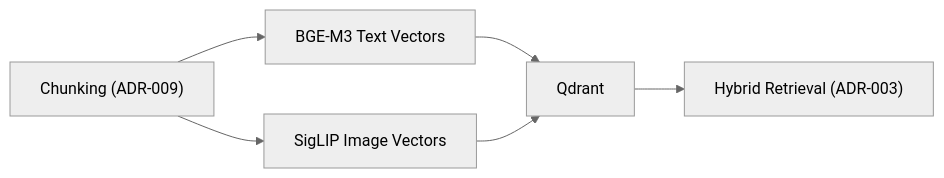
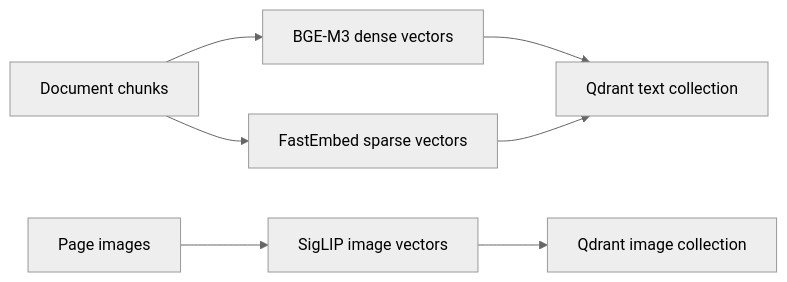
The diagram in docs/developers/adrs/ADR-002-unified-embedding-strategy.md (BjornMelin/docmind-ai-llm), drawn with Mermaid (neutral theme) before and after one commit. The commit also changed other lines of this file and 284 other files, not shown here.

````diff
--- a/docs/developers/adrs/ADR-002-unified-embedding-strategy.md
+++ b/docs/developers/adrs/ADR-002-unified-embedding-strategy.md
@@ -54,8 +48,9 @@
 ```mermaid
-graph LR
-  C["Chunking (ADR-009)"] --> T["BGE-M3 Text Vectors"]
-  C --> I["SigLIP Image Vectors"]
-  T --> Q["Qdrant"]
-  I --> Q
-  Q --> H["Hybrid Retrieval (ADR-003)"]
+flowchart LR
+    CHUNK["Document chunks"] --> DENSE["BGE-M3 dense vectors"]
+    CHUNK --> SPARSE["FastEmbed sparse vectors"]
+    PAGE["Page images"] --> IMAGE["SigLIP image vectors"]
+    DENSE --> TEXTQ["Qdrant text collection"]
+    SPARSE --> TEXTQ
+    IMAGE --> IMAGEQ["Qdrant image collection"]
 ```
````
